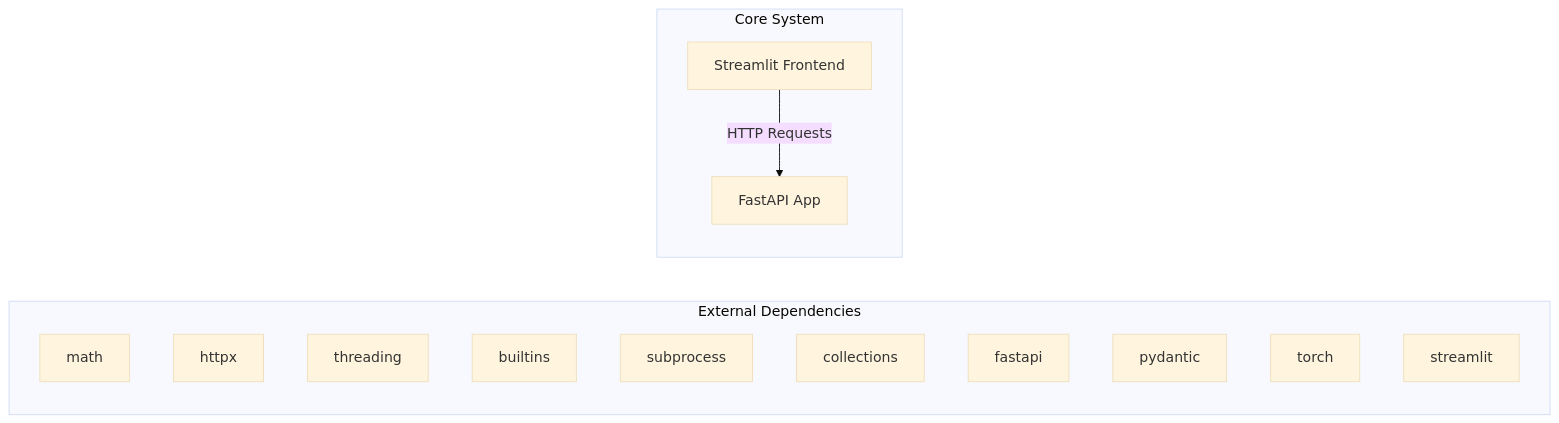
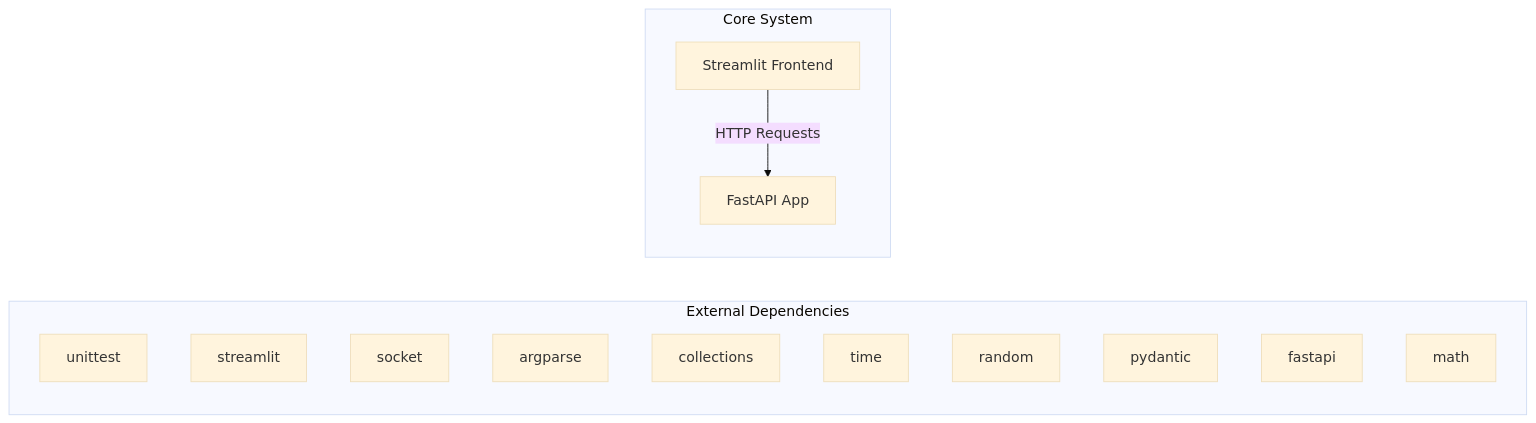
One commit to NITISH-R-G/rag-context-optimizer changed the first of 2 diagrams in docs/architecture.md. Above: the diagram before and after it, drawn with Mermaid (base theme). The commit also changed 1 other file, not shown here.

Commit message:
docs: auto-update repository knowledge, architecture diagrams, and documentation

````diff
--- a/docs/architecture.md
+++ b/docs/architecture.md
@@ -7,20 +7,20 @@
 ```mermaid
 graph LR
     subgraph External Dependencies
-        E0["math"]
-        E1["httpx"]
-        E2["threading"]
-        E3["builtins"]
-        E4["subprocess"]
-        E5["collections"]
-        E6["fastapi"]
+        E0["unittest"]
+        E1["streamlit"]
+        E2["socket"]
+        E3["argparse"]
+        E4["collections"]
+        E5["time"]
+        E6["random"]
         E7["pydantic"]
-        E8["torch"]
-        E9["streamlit"]
+        E8["fastapi"]
+        E9["math"]
     end
     subgraph Core System
         API["FastAPI App"]
         UI["Streamlit Frontend"]
     end
     UI -->|HTTP Requests| API
 ```
````
